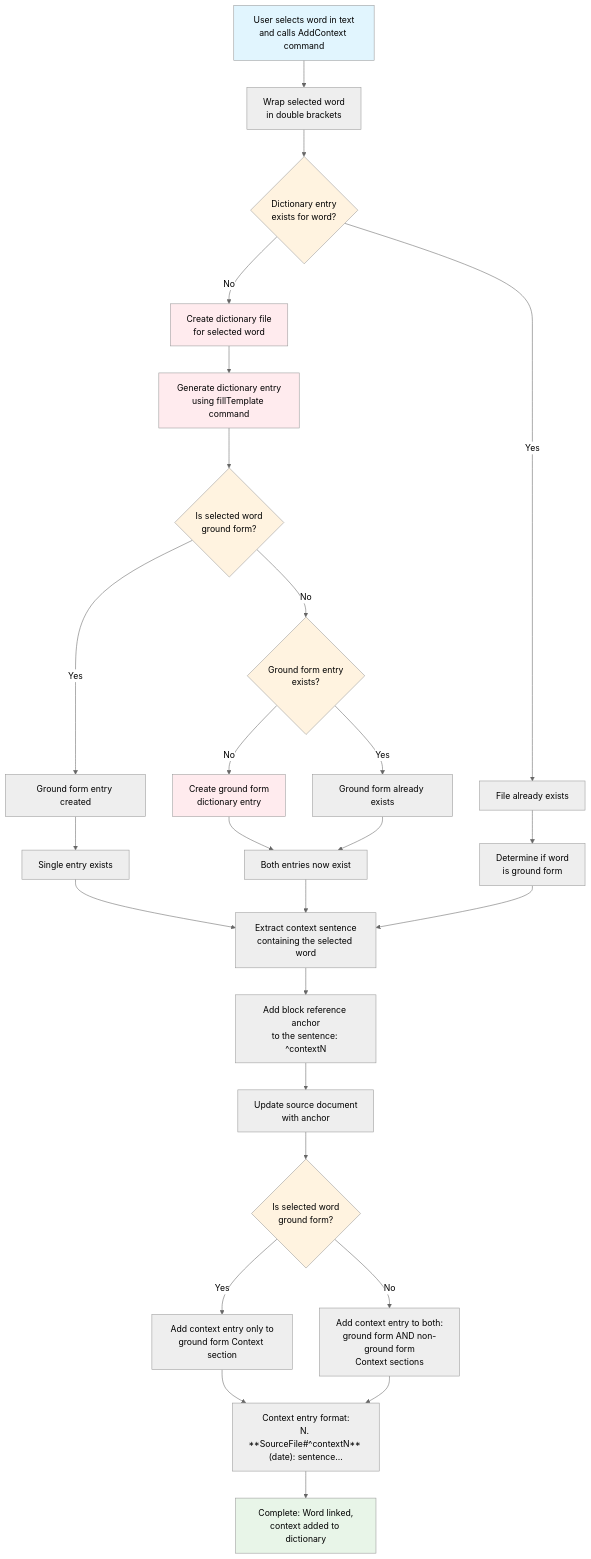
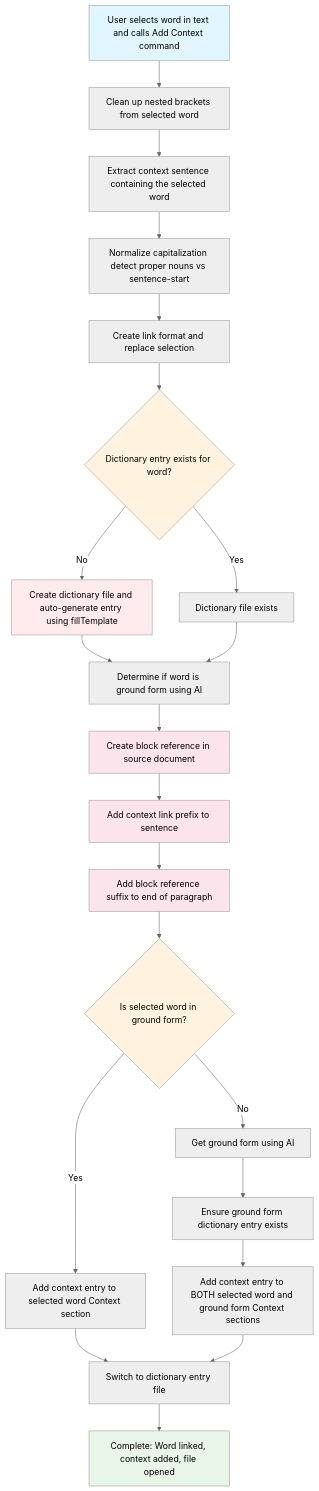
One commit to bor2093/filler-es changed the fourth of 5 diagrams in Diagrams.md. Above: the diagram before and after it, drawn with Mermaid (neutral theme). The commit also changed other lines of this file, not shown here.

Commit message:
Update Diagram for addContext command

````diff
--- a/Diagrams.md
+++ b/Diagrams.md
@@ -85,52 +85,47 @@
 ```mermaid
 flowchart TD
-    A["User selects word in text<br/>and calls AddContext command"] --> B["Wrap selected word<br/>in double brackets"]
+    A["User selects word in text and calls Add Context command"] --> B["Clean up nested brackets from selected word"]
     
-    B --> C{"Dictionary entry<br/>exists for word?"}
+    B --> C["Extract context sentence containing the selected word"]
     
-    C -->|No| D["Create dictionary file<br/>for selected word"]
-    C -->|Yes| E["File already exists"]
+    C --> D["Normalize capitalization detect proper nouns vs sentence-start"]
     
-    D --> F["Generate dictionary entry<br/>using fillTemplate command"]
+    D --> E["Create link format and replace selection"]
     
-    F --> G{"Is selected word<br/>ground form?"}
+    E --> F{"Dictionary entry exists for word?"}
     
-    G -->|Yes| H["Ground form entry created"]
-    G -->|No| I{"Ground form entry<br/>exists?"}
+    F -->|No| G["Create dictionary file and auto-generate entry using fillTemplate"]
+    F -->|Yes| H["Dictionary file exists"]
     
-    I -->|No| J["Create ground form<br/>dictionary entry"]
-    I -->|Yes| K["Ground form already exists"]
+    G --> I["Determine if word is ground form using AI"]
+    H --> I
     
-    J --> L["Both entries now exist"]
-    K --> L
-    H --> M["Single entry exists"]
-    E --> N["Determine if word<br/>is ground form"]
+    I --> J["Create block reference in source document"]
     
-    M --> O["Extract context sentence<br/>containing the selected word"]
-    L --> O
-    N --> O
+    J --> K["Add context link prefix to sentence"]
     
-    O --> P["Add block reference anchor<br/>to the sentence: ^contextN"]
+    K --> L["Add block reference suffix to end of paragraph"]
     
-    P --> Q["Update source document<br/>with anchor"]
+    L --> M{"Is selected word in ground form?"}
     
-    Q --> R{"Is selected word<br/>ground form?"}
+    M -->|Yes| N["Add context entry to selected word Context section"]
+    M -->|No| O["Get ground form using AI"]
     
-    R -->|Yes| S["Add context entry only to<br/>ground form Context section"]
-    R -->|No| T["Add context entry to both:<br/>ground form AND non-ground form<br/>Context sections"]
+    O --> P["Ensure ground form dictionary entry exists"]
     
-    S --> U["Context entry format:<br/>N. **SourceFile#^contextN** (date): sentence..."]
-    T --> U
+    P --> Q["Add context entry to BOTH selected word and ground form Context sections"]
     
-    U --> V["Complete: Word linked,<br/>context added to dictionary"]
+    N --> R["Switch to dictionary entry file"]
+    Q --> R
+    
+    R --> S["Complete: Word linked, context added, file opened"]
     
     style A fill:#e1f5fe
-    style V fill:#e8f5e8
-    style C fill:#fff3e0
-    style G fill:#fff3e0
-    style I fill:#fff3e0
-    style R fill:#fff3e0
-    style D fill:#ffebee
-    style F fill:#ffebee
-    style J fill:#ffebee
+    style S fill:#e8f5e8
+    style F fill:#fff3e0
+    style M fill:#fff3e0
+    style G fill:#ffebee
+    style J fill:#fce4ec
+    style K fill:#fce4ec
+    style L fill:#fce4ec
 ```
````
